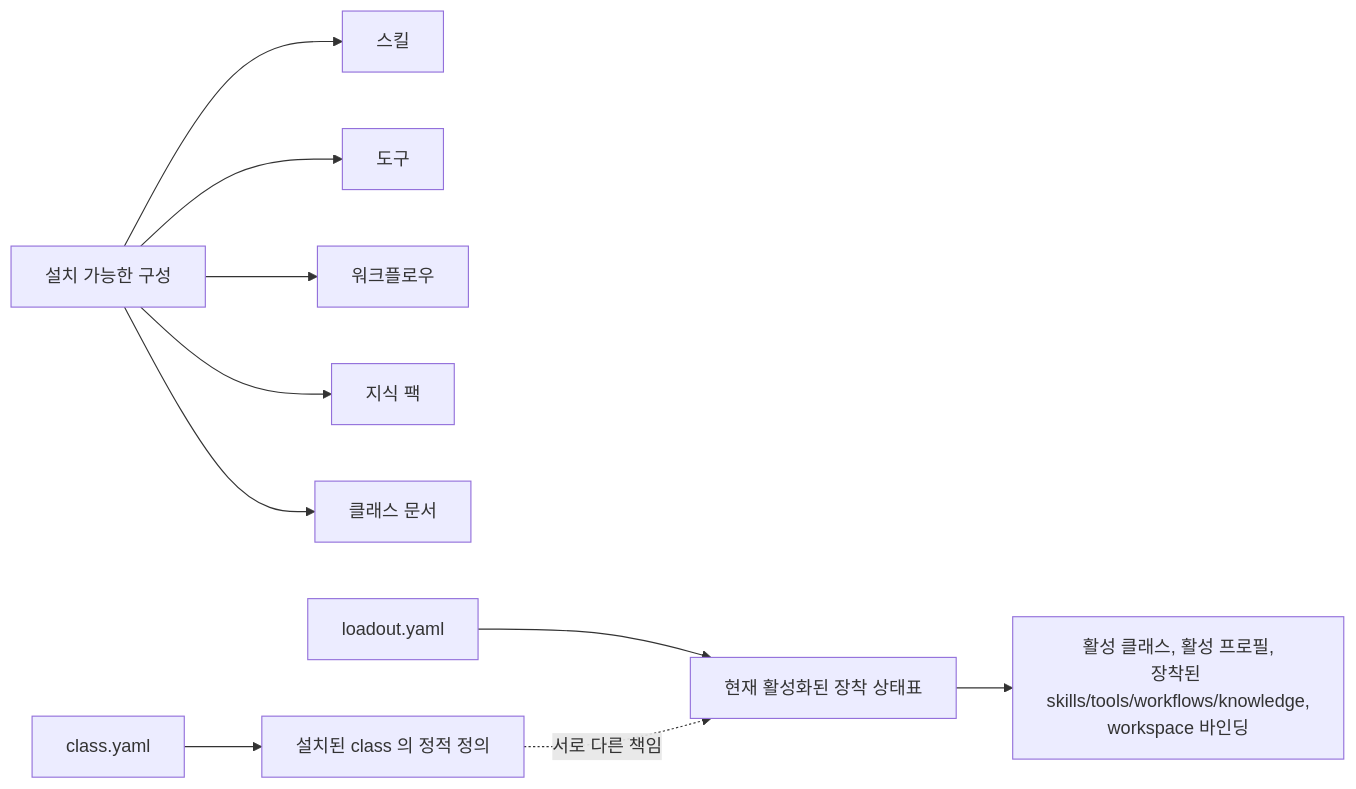
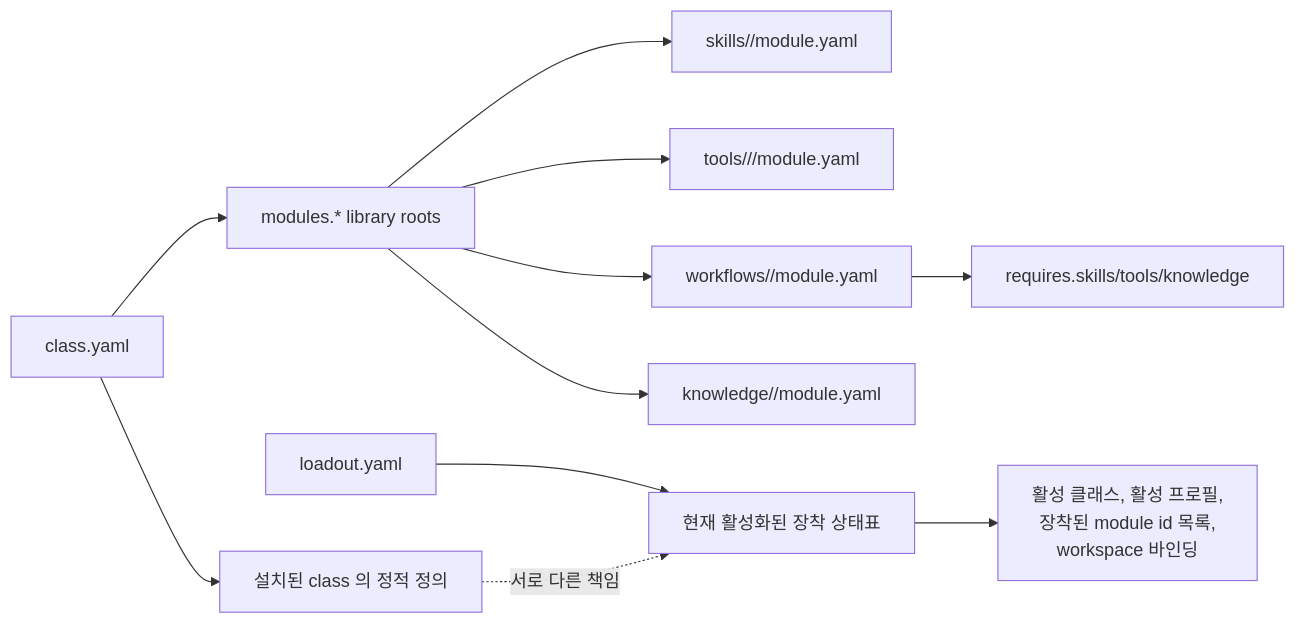
One commit to SungYongMOON/soulforge changed the diagram in .agent_class/docs/architecture/INSTALLATION_AND_LOADOUT_CONCEPT.md. Above: the diagram before and after it, drawn with Mermaid. The commit also changed other lines of this file and 19 other files, not shown here.

````diff
--- a/.agent_class/docs/architecture/INSTALLATION_AND_LOADOUT_CONCEPT.md
+++ b/.agent_class/docs/architecture/INSTALLATION_AND_LOADOUT_CONCEPT.md
@@ -10,12 +13,13 @@
 ```mermaid
 flowchart LR
-  I["설치 가능한 구성"] --> S["스킬"]
-  I --> T["도구"]
-  I --> W["워크플로우"]
-  I --> K["지식 팩"]
-  I --> D["클래스 문서"]
+  CY["class.yaml"] --> MR["modules.* library roots"]
+  MR --> S["skills/<module_dir>/module.yaml"]
+  MR --> T["tools/<family>/<module_dir>/module.yaml"]
+  MR --> W["workflows/<module_dir>/module.yaml"]
+  MR --> K["knowledge/<module_dir>/module.yaml"]
   CY["class.yaml"] --> CD["설치된 class 의 정적 정의"]
   LY["loadout.yaml"] --> LD["현재 활성화된 장착 상태표"]
-  LD --> LA["활성 클래스, 활성 프로필,<br/>장착된 skills/tools/workflows/knowledge,<br/>workspace 바인딩"]
+  LD --> LA["활성 클래스, 활성 프로필,<br/>장착된 module id 목록,<br/>workspace 바인딩"]
+  W --> WR["requires.skills/tools/knowledge"]
   CD -. "서로 다른 책임" .-> LD
 ```
````
